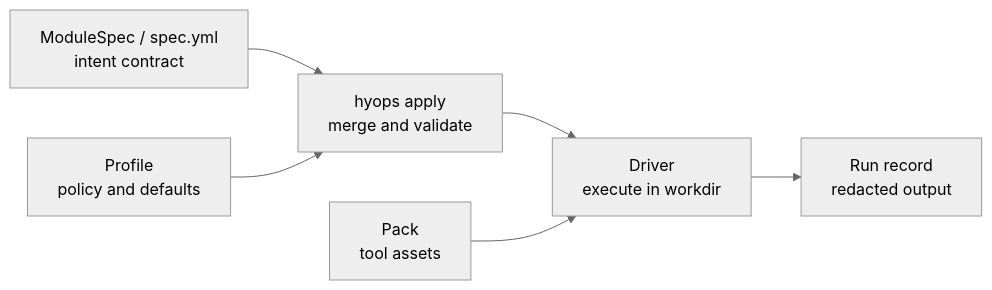
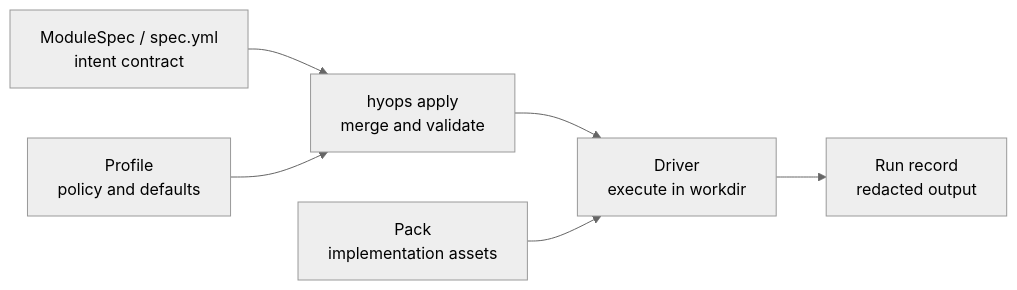
Before and after one commit to hybridops-tech/hybridops-core: the diagram in README.md, drawn with Mermaid (neutral theme). The commit also changed other lines of this file, not shown here.

````diff
--- a/README.md
+++ b/README.md
@@ -64,15 +62,15 @@
 ```mermaid
 flowchart LR
     spec["ModuleSpec / spec.yml<br/>intent contract"]
     cli["hyops apply<br/>merge and validate"]
     driver["Driver<br/>execute in workdir"]
     record["Run record<br/>redacted output"]
     profile["Profile<br/>policy and defaults"]
-    pack["Pack<br/>tool assets"]
+    pack["Pack<br/>implementation assets"]
 
     spec --> cli
     profile --> cli
     cli --> driver
     pack --> driver
     driver --> record
 ```
````
